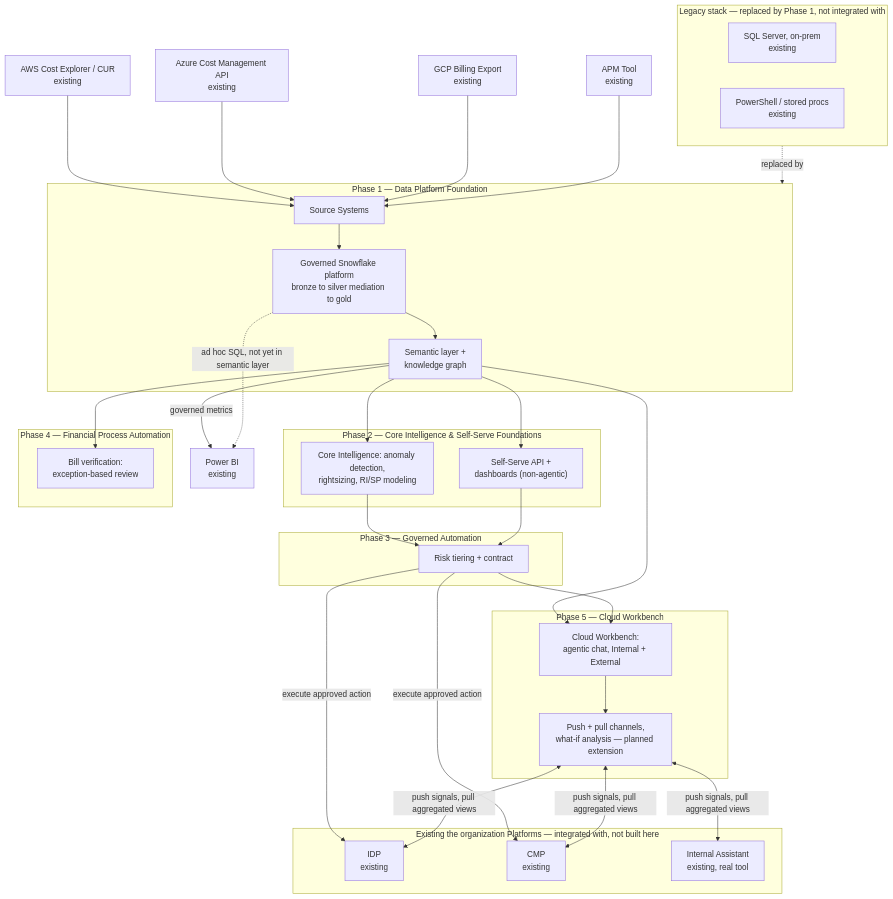
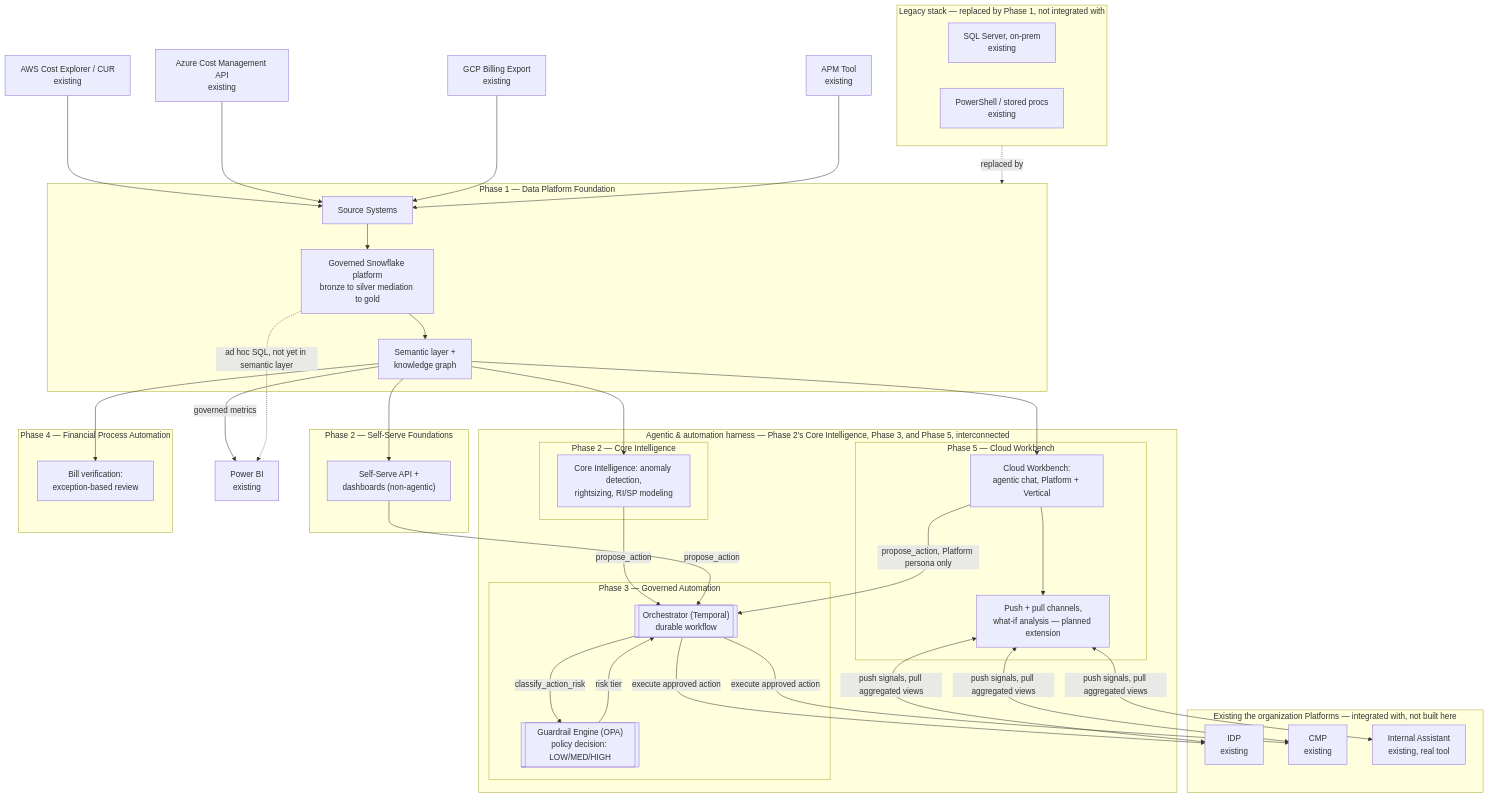
The diagram in docs/FinOps Solution Overview.md (mbnest/finops-intelligence-platform), drawn with Mermaid before and after one commit. The commit also changed other lines of this file and 4 other files, not shown here.

````diff
--- a/docs/FinOps Solution Overview.md
+++ b/docs/FinOps Solution Overview.md
@@ -58,54 +58,65 @@
 ```mermaid
 flowchart TD
     AWS["AWS Cost Explorer / CUR<br/>existing"] --> SRC["Source Systems"]
     AZURE["Azure Cost Management API<br/>existing"] --> SRC
     GCP["GCP Billing Export<br/>existing"] --> SRC
     APM["APM Tool<br/>existing"] --> SRC
 
     subgraph LEGACY["Legacy stack — replaced by Phase 1, not integrated with"]
         SQLSVR["SQL Server, on-prem<br/>existing"]
         PSPROC["PowerShell / stored procs<br/>existing"]
     end
     LEGACY -.->|replaced by| P1
 
     subgraph P1["Phase 1 — Data Platform Foundation"]
         SRC --> LAKE["Governed Snowflake platform<br/>bronze to silver mediation to gold"]
         LAKE --> SEM["Semantic layer +<br/>knowledge graph"]
     end
 
     SEM -->|governed metrics| PBI["Power BI<br/>existing"]
     LAKE -.->|ad hoc SQL, not yet in semantic layer| PBI
 
-    subgraph P2["Phase 2 — Core Intelligence & Self-Serve Foundations"]
-        SEM --> MLOPS["Core Intelligence: anomaly detection,<br/>rightsizing, RI/SP modeling"]
+    subgraph P2SS["Phase 2 — Self-Serve Foundations"]
         SEM --> API["Self-Serve API +<br/>dashboards (non-agentic)"]
     end
 
-    subgraph P3["Phase 3 — Governed Automation"]
-        MLOPS --> ACT["Risk tiering + contract"]
-        API --> ACT
+    subgraph HARNESS["Agentic & automation harness — Phase 2's Core Intelligence, Phase 3, and Phase 5, interconnected"]
+        subgraph P2CI["Phase 2 — Core Intelligence"]
+            SEM --> MLOPS["Core Intelligence: anomaly detection,<br/>rightsizing, RI/SP modeling"]
+        end
+
+        subgraph P3["Phase 3 — Governed Automation"]
+            ORCH[["Orchestrator (Temporal)<br/>durable workflow"]]
+            GUARD[["Guardrail Engine (OPA)<br/>policy decision: LOW/MED/HIGH"]]
+            ORCH -->|classify_action_risk| GUARD
+            GUARD -->|risk tier| ORCH
+        end
+
+        subgraph P5["Phase 5 — Cloud Workbench"]
+            SEM --> CW["Cloud Workbench:<br/>agentic chat, Platform + Vertical"]
+            CW --> CWEXP["Push + pull channels,<br/>what-if analysis — planned extension"]
+        end
+
+        MLOPS -->|propose_action| ORCH
+        CW -->|propose_action, Platform persona only| ORCH
     end
+
+    API -->|propose_action| ORCH
 
     subgraph EXIST["Existing the organization Platforms — integrated with, not built here"]
         IDP["IDP<br/>existing"]
         CMP["CMP<br/>existing"]
         CASST["Internal Assistant<br/>existing, real tool"]
     end
 
-    ACT -->|execute approved action| IDP
-    ACT -->|execute approved action| CMP
+    ORCH -->|execute approved action| IDP
+    ORCH -->|execute approved action| CMP
 
     subgraph P4["Phase 4 — Financial Process Automation"]
         SEM --> BILL["Bill verification:<br/>exception-based review"]
-    end
-
-    subgraph P5["Phase 5 — Cloud Workbench"]
-        SEM --> CW["Cloud Workbench:<br/>agentic chat, Internal + External"]
-        ACT --> CW
-        CW --> CWEXP["Push + pull channels,<br/>what-if analysis — planned extension"]
     end
 
     CWEXP <-->|push signals, pull aggregated views| IDP
     CWEXP <-->|push signals, pull aggregated views| CMP
     CWEXP <-->|push signals, pull aggregated views| CASST
 ```
````
